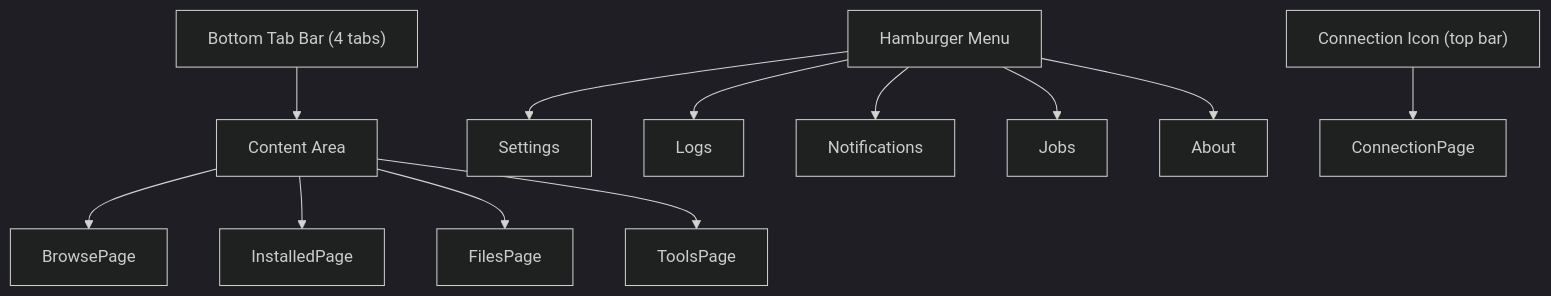
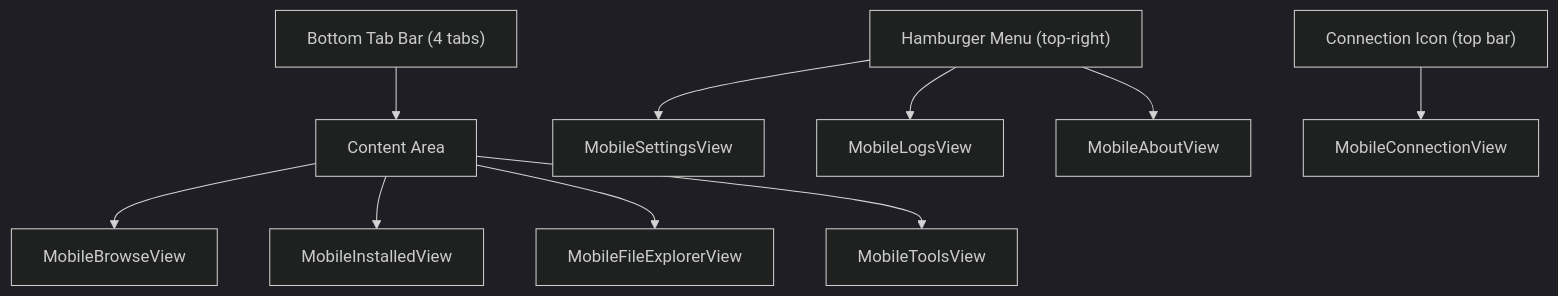
Before and after one commit to marcelofrau/xb-homebrew-vault: the fourth of 4 diagrams in docs/android/01-architecture.md, drawn with Mermaid (dark theme). The commit also changed other lines of this file and 20 other files, not shown here.

````diff
--- a/docs/android/01-architecture.md
+++ b/docs/android/01-architecture.md
@@ -163,16 +163,14 @@
 ```mermaid
 graph TB
     TabBar["Bottom Tab Bar (4 tabs)"] --> Content["Content Area"]
-    Content --> BV["BrowsePage"]
-    Content --> IV["InstalledPage"]
-    Content --> FE["FilesPage"]
-    Content --> TV["ToolsPage"]
+    Content --> BV["MobileBrowseView"]
+    Content --> IV["MobileInstalledView"]
+    Content --> FE["MobileFileExplorerView"]
+    Content --> TV["MobileToolsView"]
 
-    Hamburger["Hamburger Menu"] --> Settings["Settings"]
-    Hamburger --> Logs["Logs"]
-    Hamburger --> Notifications["Notifications"]
-    Hamburger --> Jobs["Jobs"]
-    Hamburger --> About["About"]
+    Hamburger["Hamburger Menu (top-right)"] --> Settings["MobileSettingsView"]
+    Hamburger --> Logs["MobileLogsView"]
+    Hamburger --> About["MobileAboutView"]
 
-    ConnectionIcon["Connection Icon (top bar)"] --> ConnectionPage["ConnectionPage"]
+    ConnectionIcon["Connection Icon (top bar)"] --> ConnectionPage["MobileConnectionView"]
 ```
````
